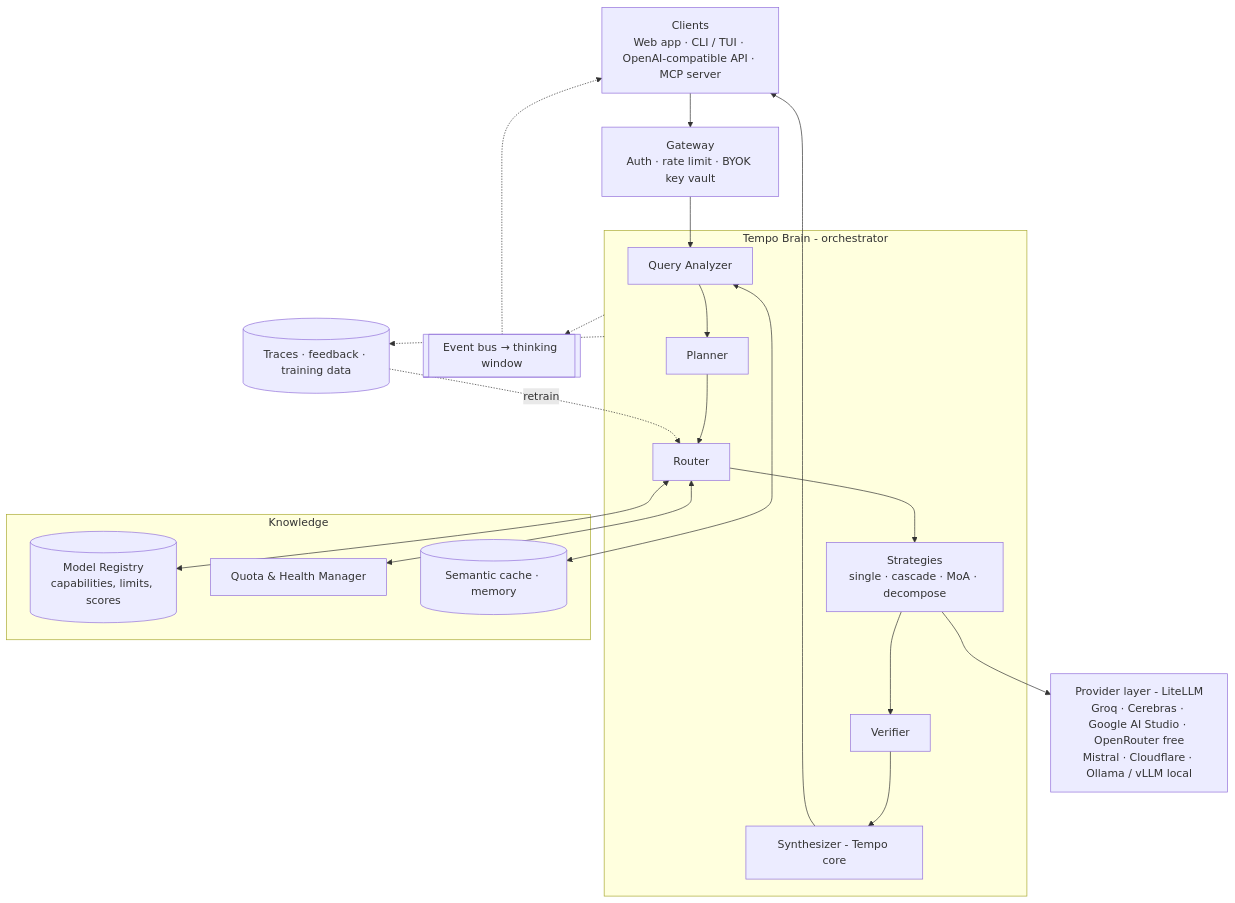
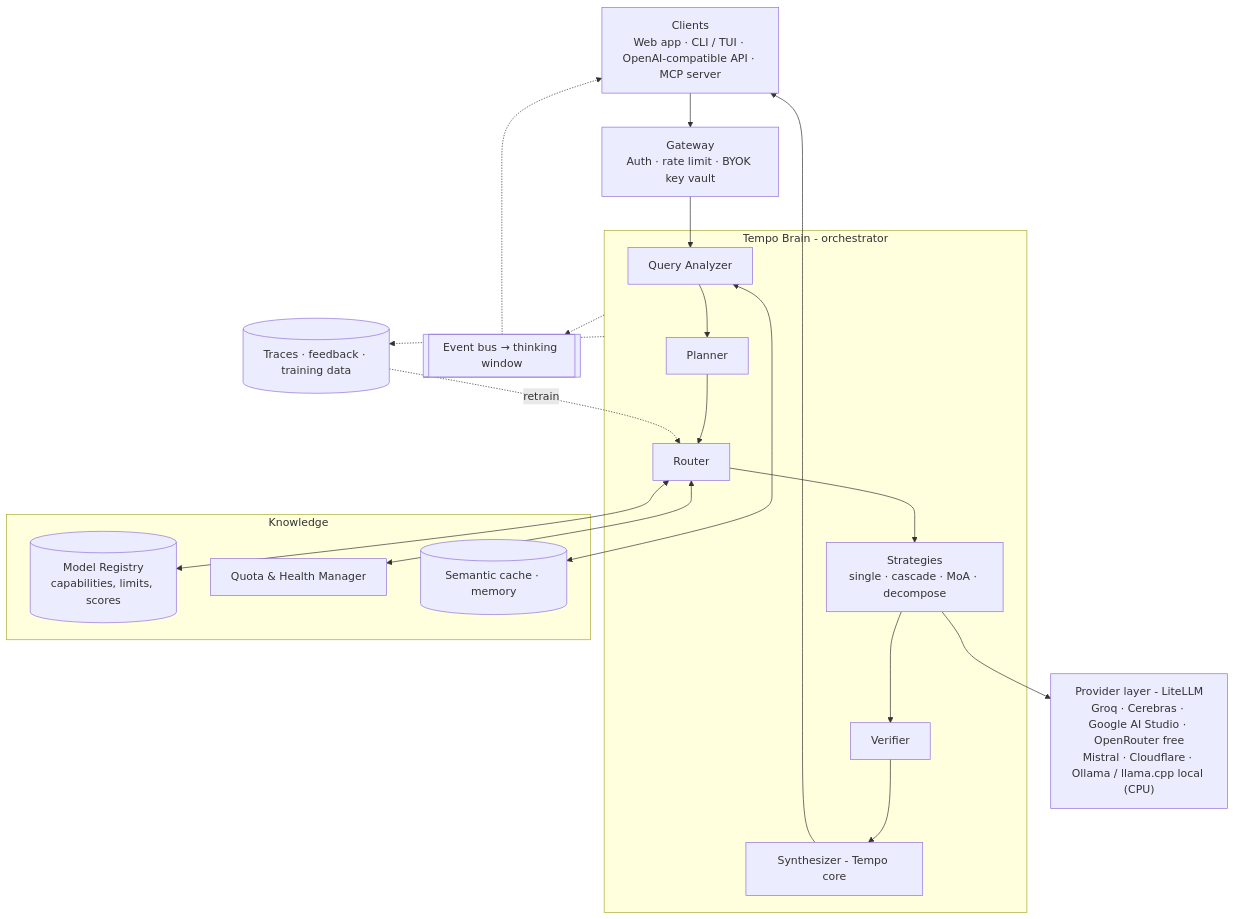
The second of 5 diagrams in docs/ARCHITECTURE.md (narendrachampaneri/Tempo-server), drawn with Mermaid before and after one commit. The commit also changed other lines of this file, not shown here.

First line of the commit message:
Docs: the software-only rule, and the roadmap under it

````diff
--- a/docs/ARCHITECTURE.md
+++ b/docs/ARCHITECTURE.md
@@ -47,37 +62,37 @@
 ```mermaid
 flowchart TB
     CL["Clients<br/>Web app · CLI / TUI · OpenAI-compatible API · MCP server"]
     AU["Gateway<br/>Auth · rate limit · BYOK key vault"]
 
     subgraph Brain[Tempo Brain - orchestrator]
         AN[Query Analyzer]
         PL[Planner]
         RT[Router]
         ST["Strategies<br/>single · cascade · MoA · decompose"]
         VF[Verifier]
         SY[Synthesizer - Tempo core]
     end
 
     subgraph Knowledge
         REG[("Model Registry<br/>capabilities, limits, scores")]
         QM[Quota & Health Manager]
         CA[("Semantic cache · memory")]
     end
 
-    PR["Provider layer - LiteLLM<br/>Groq · Cerebras · Google AI Studio · OpenRouter free<br/>Mistral · Cloudflare · Ollama / vLLM local"]
+    PR["Provider layer - LiteLLM<br/>Groq · Cerebras · Google AI Studio · OpenRouter free<br/>Mistral · Cloudflare · Ollama / llama.cpp local (CPU)"]
 
     EV[["Event bus → thinking window"]]
     LRN[("Traces · feedback · training data")]
 
     CL --> AU --> AN --> PL --> RT --> ST
     ST --> PR
     ST --> VF --> SY
     SY --> CL
     RT <--> REG
     RT <--> QM
     AN <--> CA
     Brain -.-> EV
     EV -.-> CL
     Brain -.-> LRN
     LRN -. retrain .-> RT
 ```
````
